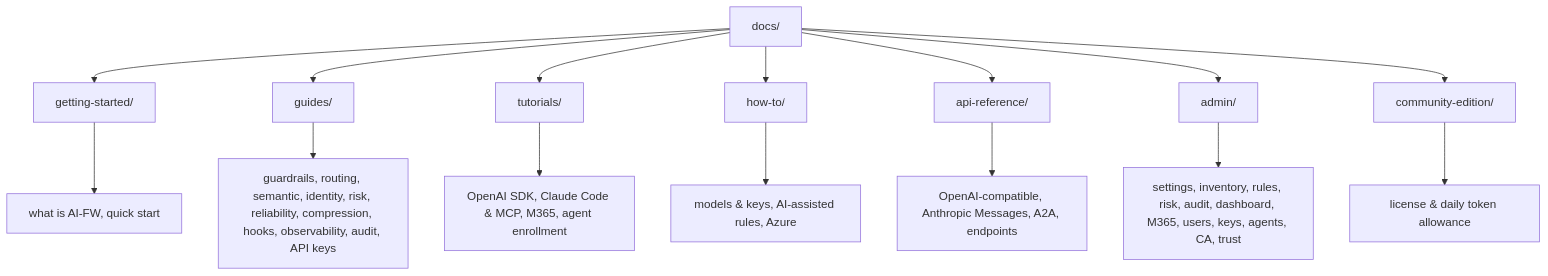
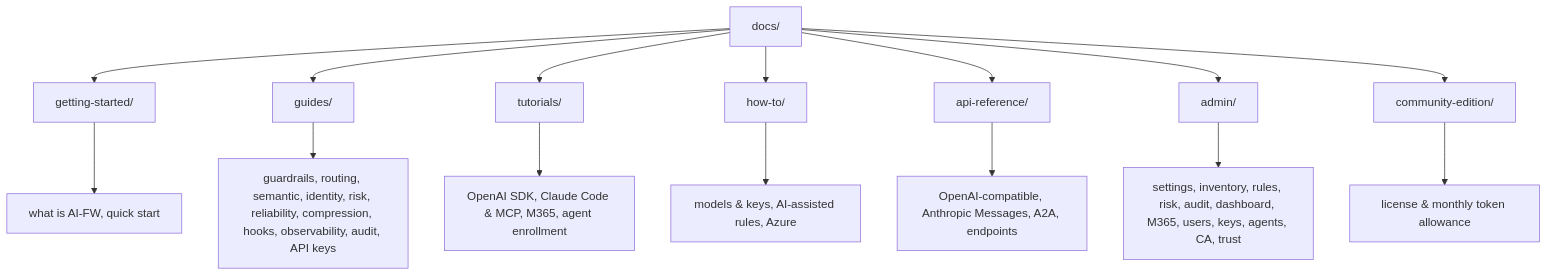
Before and after one commit to securetron-gh/aifw: the second of 2 diagrams in README.md, drawn with Mermaid. The commit also changed other lines of this file and 6 other files, not shown here.

````diff
--- a/README.md
+++ b/README.md
@@ -116,17 +117,17 @@
 ```mermaid
 flowchart TD
   A["docs/"] --> B["getting-started/"]
   A --> C["guides/"]
   A --> D["tutorials/"]
   A --> E["how-to/"]
   A --> F["api-reference/"]
   A --> G["admin/"]
   A --> H["community-edition/"]
   B --> B1["what is AI-FW, quick start"]
   C --> C1["guardrails, routing, semantic, identity, risk, reliability, compression, hooks, observability, audit, API keys"]
   D --> D1["OpenAI SDK, Claude Code & MCP, M365, agent enrollment"]
   E --> E1["models & keys, AI-assisted rules, Azure"]
   F --> F1["OpenAI-compatible, Anthropic Messages, A2A, endpoints"]
   G --> G1["settings, inventory, rules, risk, audit, dashboard, M365, users, keys, agents, CA, trust"]
-  H --> H1["license & daily token allowance"]
+  H --> H1["license & monthly token allowance"]
 ```
````
